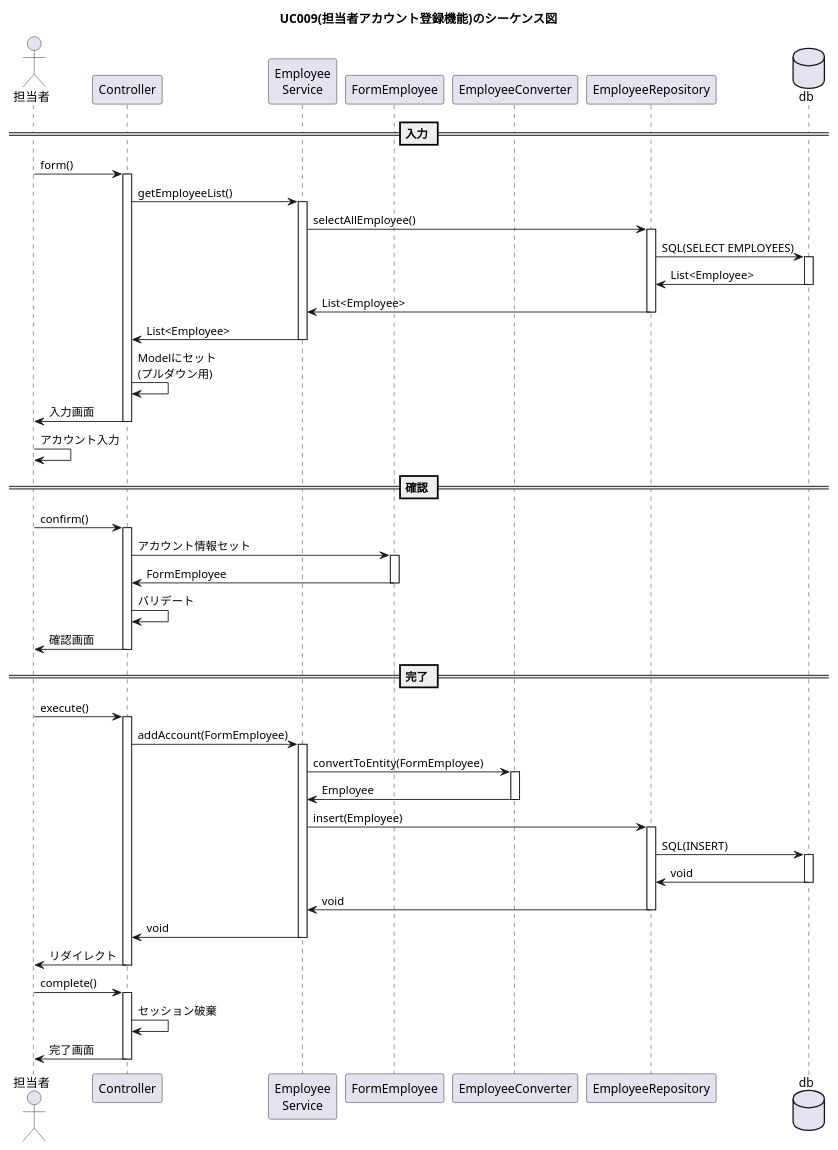
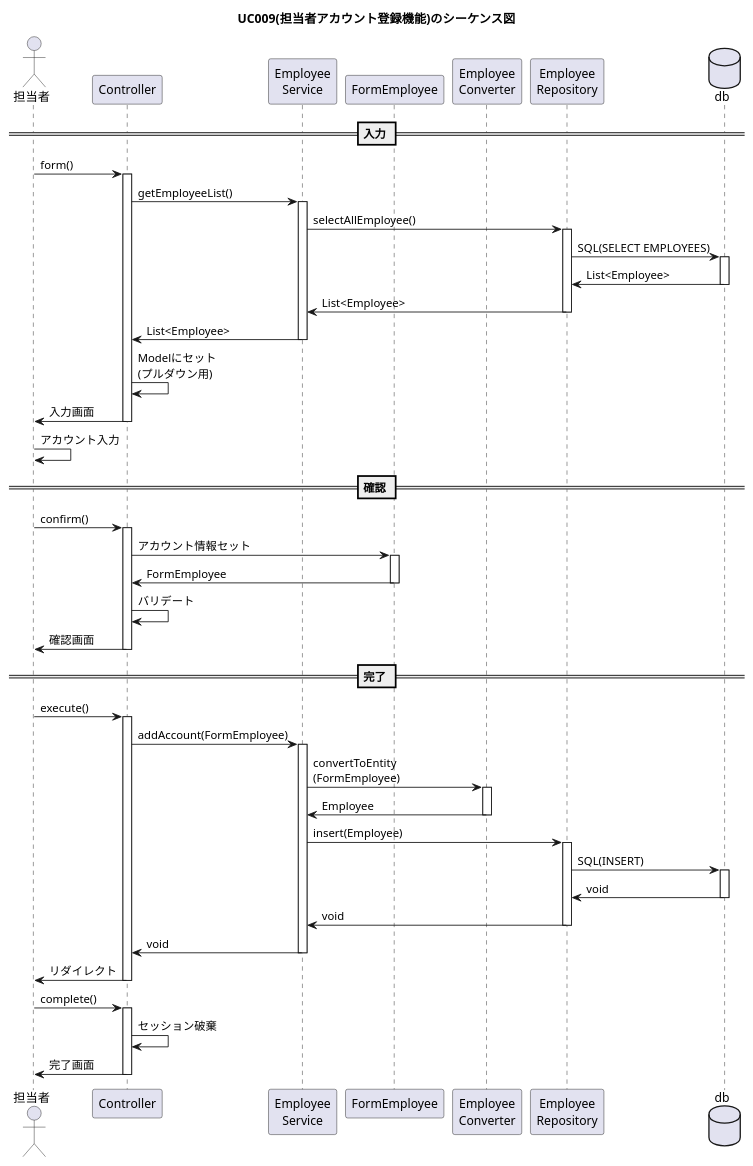
Before and after one commit to kanavii3333/ec-b: the diagram in plan/uml/sequence/uc009.plantuml, drawn with PlantUML.

Commit message:
uc009.plantuml編集

```diff
--- a/plan/uml/sequence/uc009.plantuml
+++ b/plan/uml/sequence/uc009.plantuml
@@ -1,42 +1,42 @@
 @startuml
 
 title UC009(担当者アカウント登録機能)のシーケンス図
 actor "担当者" as user
 participant "Controller" as controller
 participant "Employee\nService" as service
 participant "FormEmployee" as form
-participant "EmployeeConverter" as helper
-participant "EmployeeRepository" as repository
+participant "Employee\nConverter" as helper
+participant "Employee\nRepository" as repository
 database "db" as db
  == 入力 ==
 user -> controller++:form()
 controller -> service++:getEmployeeList()
 service -> repository++:selectAllEmployee()
 repository -> db++:SQL(SELECT EMPLOYEES)
 db -> repository--:List<Employee>
 repository -> service--:List<Employee>
 service -> controller--:List<Employee>
 controller -> controller:Modelにセット\n(プルダウン用)
 controller -> user--:入力画面
 user -> user:アカウント入力 
  == 確認 ==
 user -> controller++:confirm()
 controller -> form++:アカウント情報セット
 form -> controller--:FormEmployee
 controller -> controller:バリデート
 controller -> user--:確認画面
  == 完了 ==
 user -> controller++:execute()
 controller -> service++:addAccount(FormEmployee)
-service -> helper++:convertToEntity(FormEmployee)
+service -> helper++:convertToEntity\n(FormEmployee)
 helper -> service--:Employee
 service -> repository++:insert(Employee)
 repository -> db++:SQL(INSERT)
 db -> repository--:void
 repository -> service--:void
 service -> controller--:void
 controller -> user--:リダイレクト
 user -> controller++:complete()
 controller -> controller:セッション破棄
 controller -> user--:完了画面
 @enduml
```
